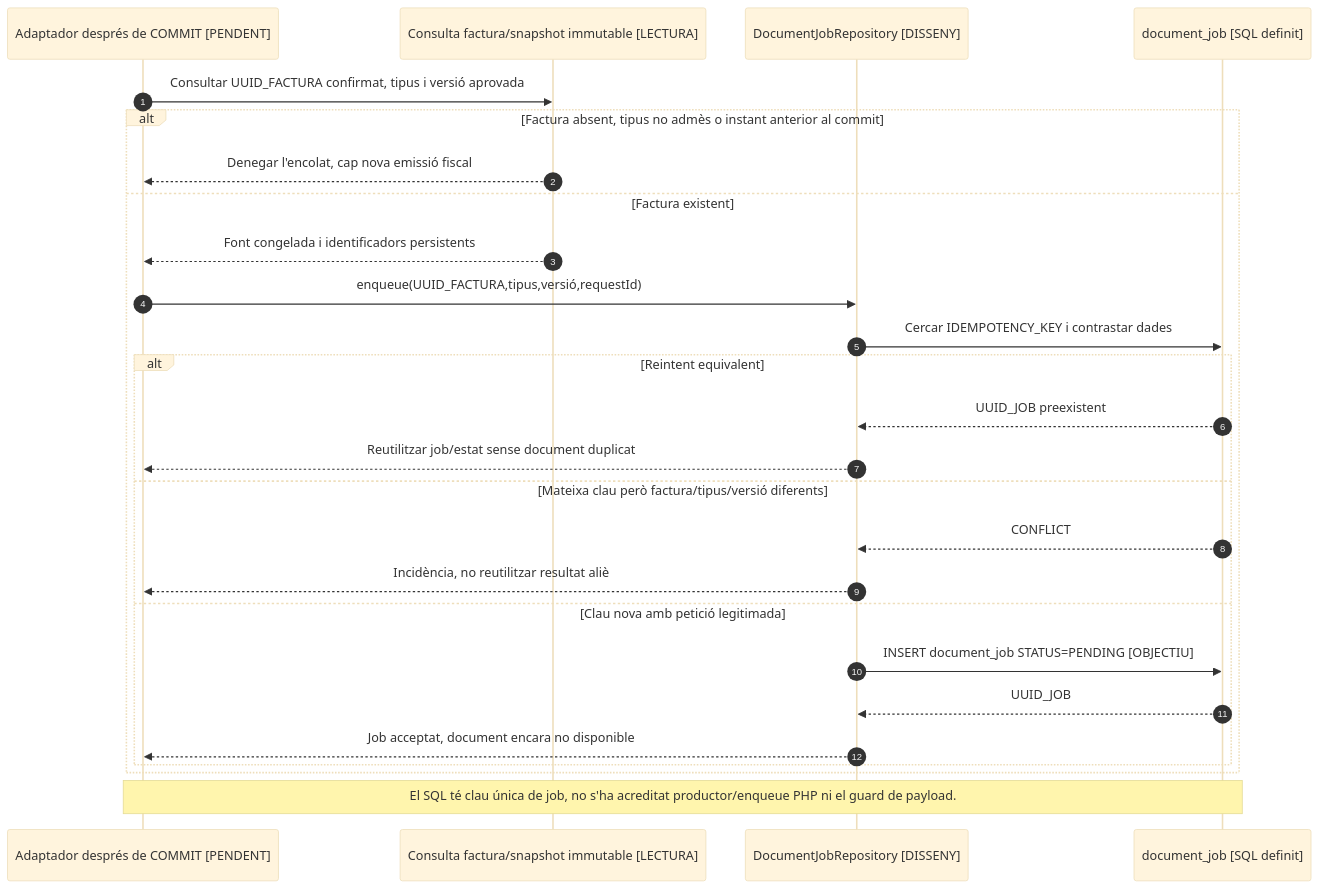
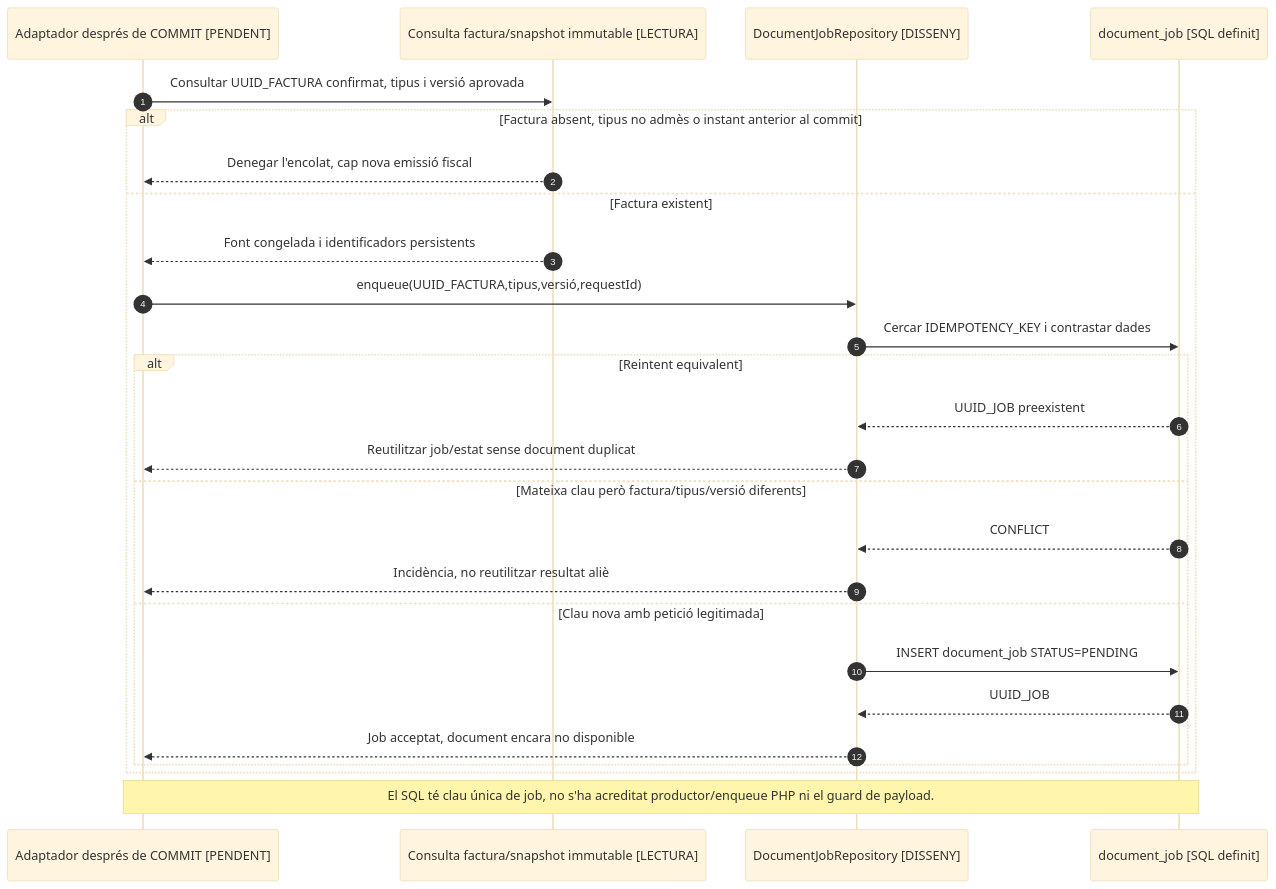
Before and after one commit to orgmeriemprismacat-del/verifactu: the seventh of 11 diagrams in documentacio/07-uml-integrat/uc-055-custodiar-reintentar-documents.md, drawn with Mermaid (base theme). The commit also changed other lines of this file, not shown here.

````diff
--- a/documentacio/07-uml-integrat/uc-055-custodiar-reintentar-documents.md
+++ b/documentacio/07-uml-integrat/uc-055-custodiar-reintentar-documents.md
@@ -239,28 +239,28 @@
 ```mermaid
 sequenceDiagram
 autonumber
 participant A as Adaptador després de COMMIT [PENDENT]
 participant F as Consulta factura/snapshot immutable [LECTURA]
 participant J as DocumentJobRepository [DISSENY]
 participant DB as document_job [SQL definit]
 A->>F: Consultar UUID_FACTURA confirmat, tipus i versió aprovada
 alt Factura absent, tipus no admès o instant anterior al commit
  F-->>A: Denegar l'encolat, cap nova emissió fiscal
 else Factura existent
  F-->>A: Font congelada i identificadors persistents
  A->>J: enqueue(UUID_FACTURA,tipus,versió,requestId)
  J->>DB: Cercar IDEMPOTENCY_KEY i contrastar dades
  alt Reintent equivalent
   DB-->>J: UUID_JOB preexistent
   J-->>A: Reutilitzar job/estat sense document duplicat
  else Mateixa clau però factura/tipus/versió diferents
   DB-->>J: CONFLICT
   J-->>A: Incidència, no reutilitzar resultat aliè
  else Clau nova amb petició legitimada
-  J->>DB: INSERT document_job STATUS=PENDING [OBJECTIU]
+  J->>DB: INSERT document_job STATUS=PENDING
   DB-->>J: UUID_JOB
   J-->>A: Job acceptat, document encara no disponible
  end
 end
 Note over A,DB: El SQL té clau única de job, no s'ha acreditat productor/enqueue PHP ni el guard de payload.
 ```
````
